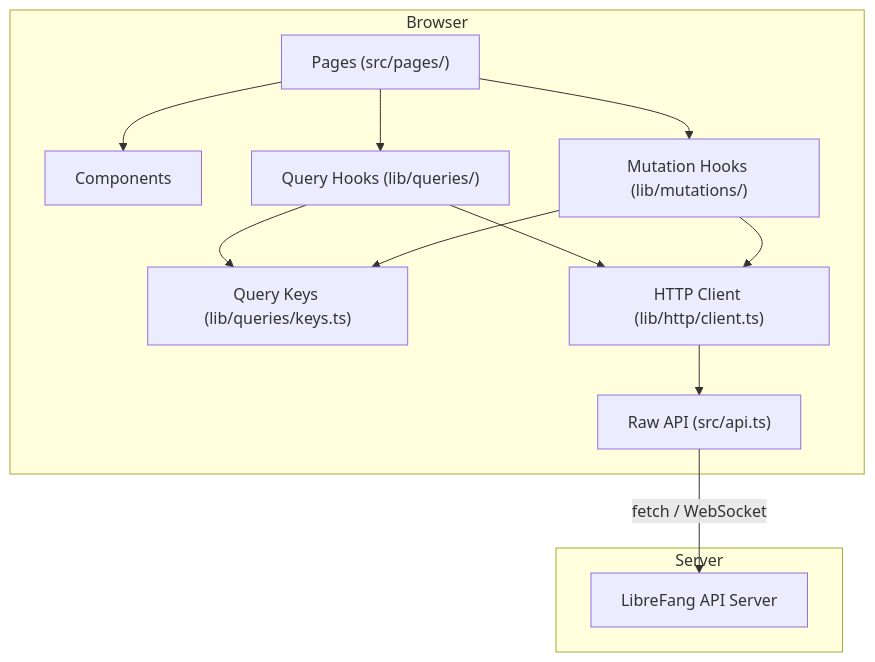
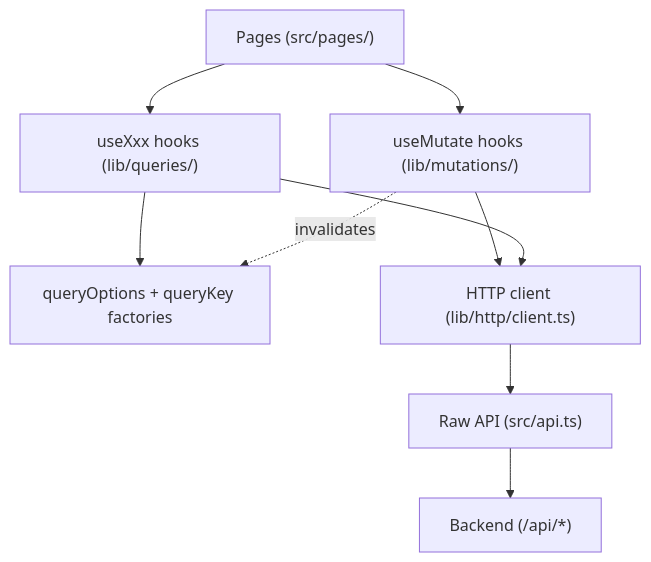
The diagram in other-librefang-api-dashboard.md (leszek3737/librefang-WIki), drawn with Mermaid before and after one commit. The commit also changed other lines of this file and 100 other files, not shown here.

````diff
--- a/other-librefang-api-dashboard.md
+++ b/other-librefang-api-dashboard.md
@@ -13,26 +13,11 @@
 ```mermaid
 graph TD
-    subgraph Browser
-        Pages["Pages (src/pages/)"]
-        Components["Components"]
-        QueryHooks["Query Hooks (lib/queries/)"]
-        MutationHooks["Mutation Hooks (lib/mutations/)"]
-        QueryKeys["Query Keys (lib/queries/keys.ts)"]
-        HTTPClient["HTTP Client (lib/http/client.ts)"]
-        API["Raw API (src/api.ts)"]
-    end
-
-    subgraph Server
-        APIBackend["LibreFang API Server"]
-    end
-
-    Pages --> Components
-    Pages --> QueryHooks
-    Pages --> MutationHooks
-    QueryHooks --> QueryKeys
-    QueryHooks --> HTTPClient
-    MutationHooks --> QueryKeys
-    MutationHooks --> HTTPClient
-    HTTPClient --> API
-    API -->|fetch / WebSocket| APIBackend
+    P["Pages (src/pages/)"] --> Q["useXxx hooks (lib/queries/)"]
+    P --> M["useMutate hooks (lib/mutations/)"]
+    Q --> QO["queryOptions + queryKey factories"]
+    M --> HC["HTTP client (lib/http/client.ts)"]
+    Q --> HC
+    HC --> API["Raw API (src/api.ts)"]
+    API --> BE["Backend (/api/*)"]
+    M -.invalidates.-> QO
 ```
````
